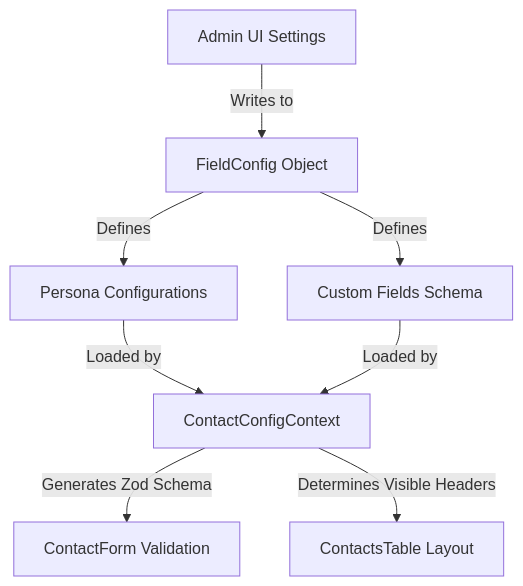
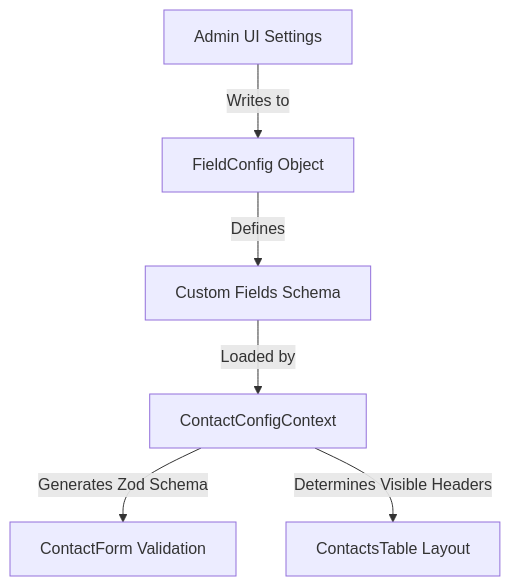
Before and after one commit to syedaalin/MMS: the diagram in contact.md, drawn with Mermaid. The commit also changed other lines of this file and 383 other files, not shown here.

````diff
--- a/contact.md
+++ b/contact.md
@@ -151,9 +154,8 @@
 ```mermaid
 graph TD
     A[Admin UI Settings] -->|Writes to| B[FieldConfig Object]
-    B -->|Defines| C[Persona Configurations]
     B -->|Defines| D[Custom Fields Schema]
-    C & D -->|Loaded by| E[ContactConfigContext]
+    D -->|Loaded by| E[ContactConfigContext]
     E -->|Generates Zod Schema| F[ContactForm Validation]
     E -->|Determines Visible Headers| G[ContactsTable Layout]
 ```
````
